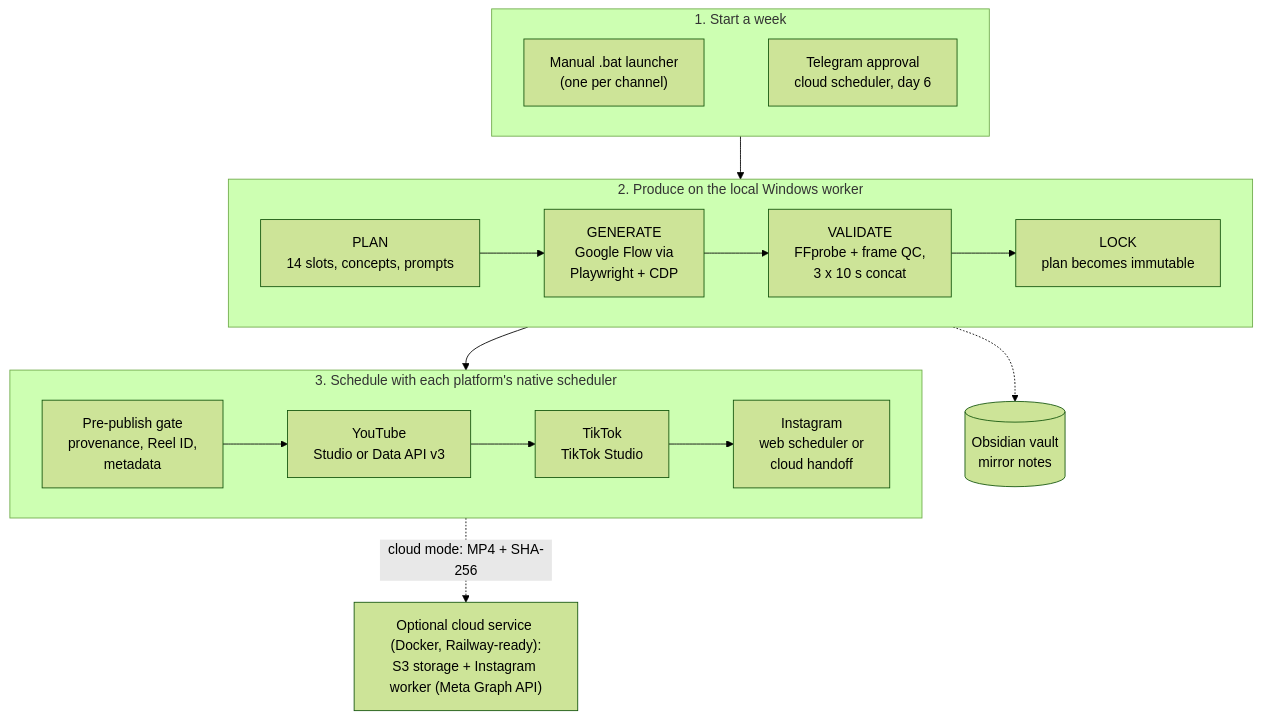
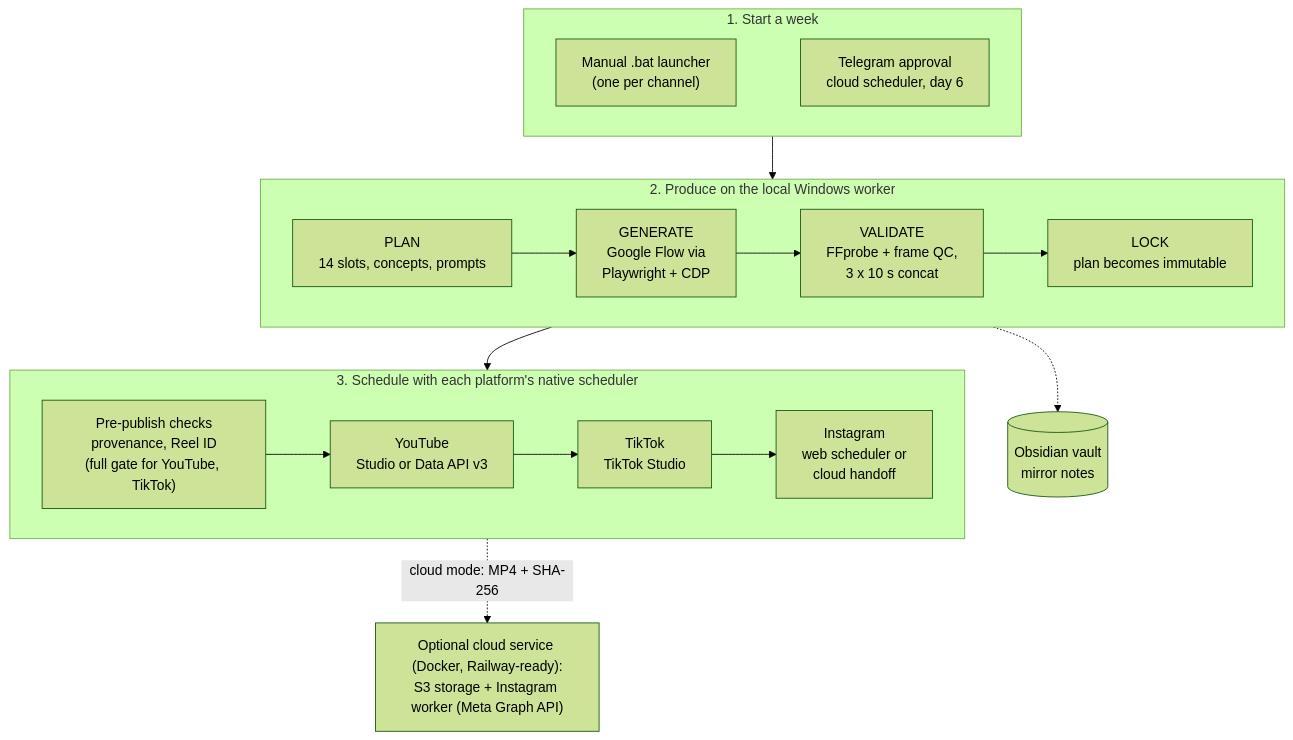
Before and after one commit to CoskunerBerke/otomasyon_3: the first of 2 diagrams in README.md, drawn with Mermaid (forest theme). The commit also changed other lines of this file, not shown here.

First line of the commit message:
docs: scope the README gate summary to YouTube and TikTok

````diff
--- a/README.md
+++ b/README.md
@@ -38,31 +38,31 @@
 ```mermaid
 flowchart TB
     subgraph START["1. Start a week"]
         direction LR
         BAT["Manual .bat launcher<br/>(one per channel)"]
         APPROVAL["Telegram approval<br/>cloud scheduler, day 6"]
         BAT ~~~ APPROVAL
     end
 
     subgraph PRODUCE["2. Produce on the local Windows worker"]
         direction LR
         PLAN["PLAN<br/>14 slots, concepts, prompts"] --> GEN["GENERATE<br/>Google Flow via<br/>Playwright + CDP"]
         GEN --> QC["VALIDATE<br/>FFprobe + frame QC,<br/>3 x 10 s concat"]
         QC --> LOCKED["LOCK<br/>plan becomes immutable"]
     end
 
     subgraph PUBLISH["3. Schedule with each platform's native scheduler"]
         direction LR
-        GATE["Pre-publish gate<br/>provenance, Reel ID,<br/>metadata"] --> YT["YouTube<br/>Studio or Data API v3"]
+        GATE["Pre-publish checks<br/>provenance, Reel ID<br/>(full gate for YouTube, TikTok)"] --> YT["YouTube<br/>Studio or Data API v3"]
         YT --> TT["TikTok<br/>TikTok Studio"]
         TT --> IG["Instagram<br/>web scheduler or<br/>cloud handoff"]
     end
 
     VAULT[("Obsidian vault<br/>mirror notes")]
     CLOUDIG["Optional cloud service (Docker, Railway-ready):<br/>S3 storage + Instagram worker (Meta Graph API)"]
 
     START --> PRODUCE
     PRODUCE --> PUBLISH
     PRODUCE -.-> VAULT
     PUBLISH -.->|"cloud mode: MP4 + SHA-256"| CLOUDIG
 ```
````
